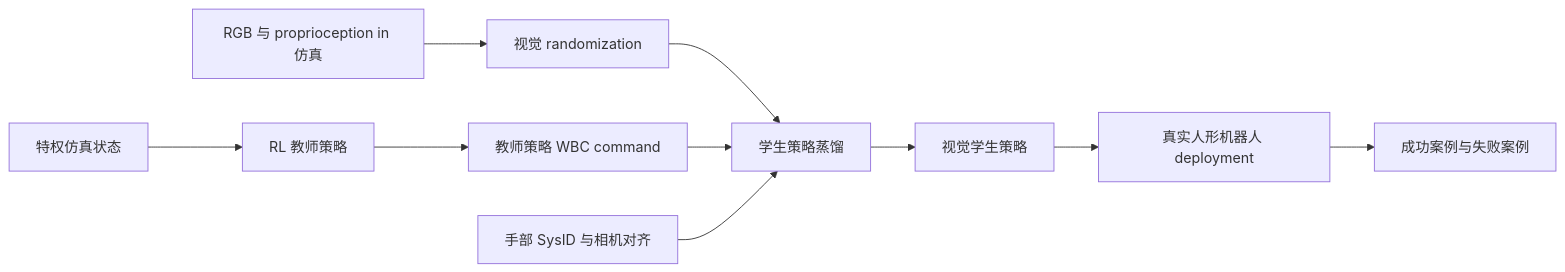
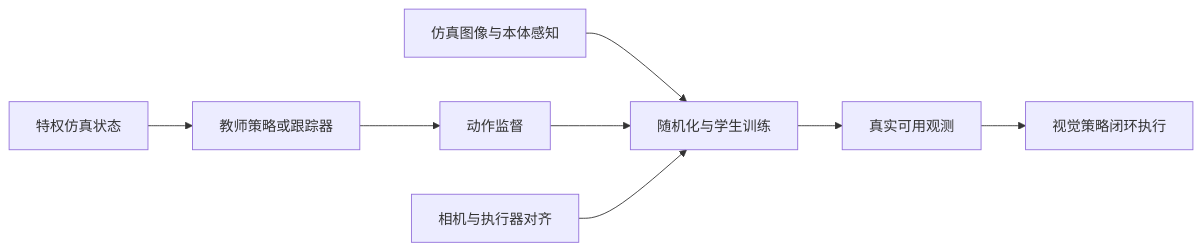
One commit to niuverse/llm-wiki changed the diagram in wiki/concepts/VisualSimToReal.md. Above: the diagram before and after it, drawn with Mermaid. The commit also changed other lines of this file and 317 other files, not shown here.

````diff
--- a/wiki/concepts/VisualSimToReal.md
+++ b/wiki/concepts/VisualSimToReal.md
@@ -76,12 +34,10 @@
 ```mermaid
 flowchart LR
-  A["特权仿真状态"] --> B["RL 教师策略"]
-  B --> C["教师策略 WBC command"]
-  D["RGB 与 proprioception in 仿真"] --> E["视觉 randomization"]
-  E --> F["学生策略蒸馏"]
-  C --> F
-  G["手部 SysID 与相机对齐"] --> F
-  F --> H["视觉学生策略"]
-  H --> I["真实人形机器人 deployment"]
-  I --> J["成功案例与失败案例"]
+  A["特权仿真状态"] --> B["教师策略或跟踪器"]
+  B --> C["动作监督"]
+  D["仿真图像与本体感知"] --> E["随机化与学生训练"]
+  C --> E
+  F["相机与执行器对齐"] --> E
+  E --> G["真实可用观测"]
+  G --> H["视觉策略闭环执行"]
 ```
````
